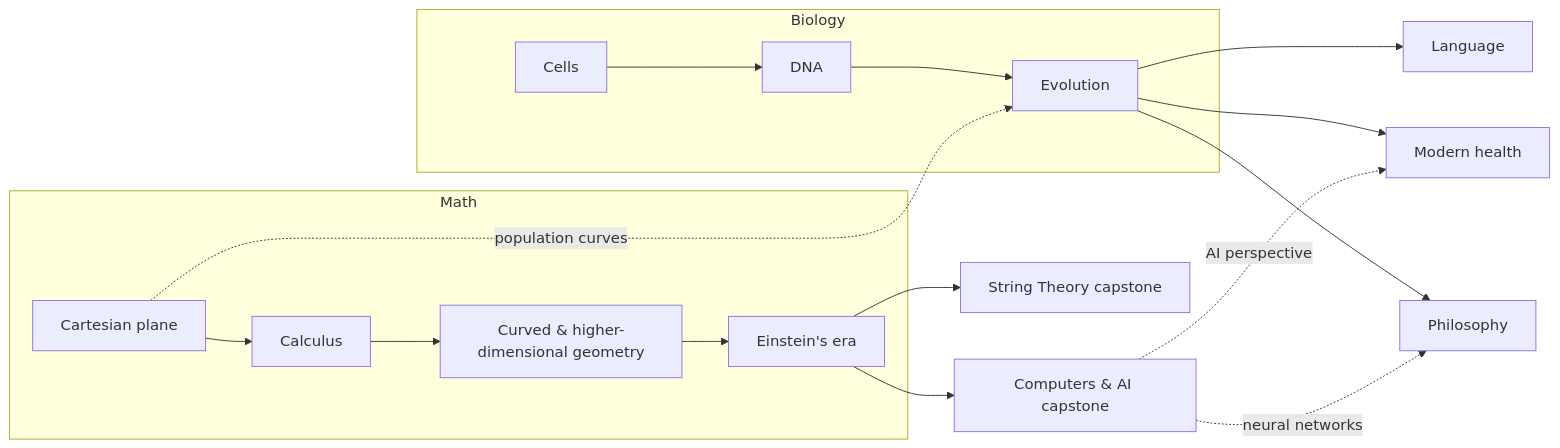
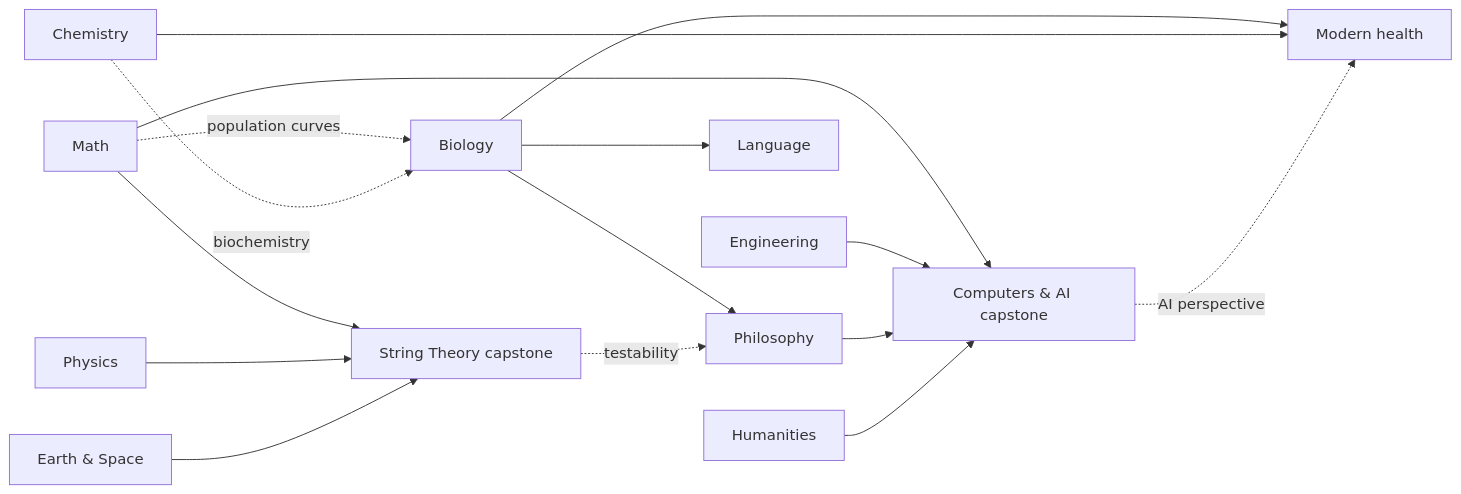
One commit to OpenTechnology14/Learning changed the diagram in connections.md. Above: the diagram before and after it, drawn with Mermaid. The commit also changed other lines of this file and 3 other files, not shown here.

````diff
--- a/connections.md
+++ b/connections.md
@@ -6,22 +7,19 @@
 ```mermaid
 flowchart LR
-    subgraph Math
-        A[Cartesian plane] --> B[Calculus]
-        B --> C[Curved & higher-dimensional geometry]
-        C --> D[Einstein's era]
-    end
-    D --> S[String Theory capstone]
-    D --> AI[Computers & AI capstone]
+    M[Math] --> ST[String Theory capstone]
+    M --> CAI[Computers & AI capstone]
+    PH[Physics] --> ST
+    ES[Earth & Space] --> ST
+    EN[Engineering] --> CAI
+    PL[Philosophy] --> CAI
+    HU[Humanities] --> CAI
+    B[Biology] --> MH[Modern health]
+    CH[Chemistry] --> MH
+    B --> PL
+    B --> L[Language]
 
-    subgraph Biology
-        E[Cells] --> F[DNA]
-        F --> G[Evolution]
-    end
-    G --> P[Philosophy]
-    G --> L[Language]
-    G --> H[Modern health]
-
-    A -. population curves .-> G
-    AI -. AI perspective .-> H
-    AI -. neural networks .-> P
+    M -. population curves .-> B
+    CH -. biochemistry .-> B
+    CAI -. AI perspective .-> MH
+    ST -. testability .-> PL
 ```
````
